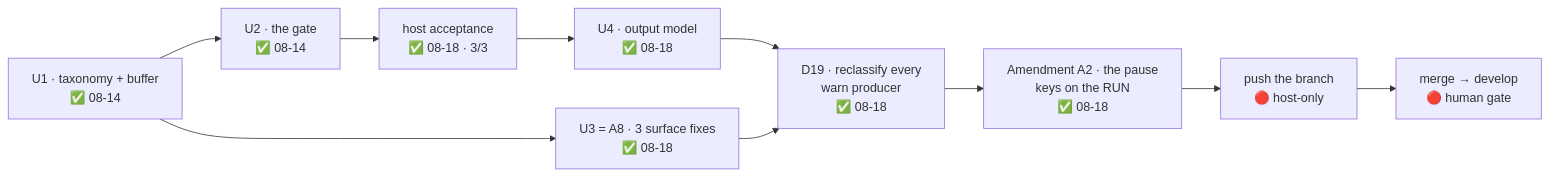
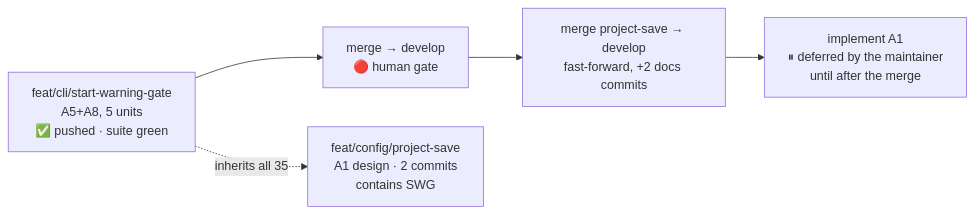
One commit to alergyonthestage/claude-orchestrator changed the diagram in docs/maintainers/handoff.md. Above: the diagram before and after it, drawn with Mermaid. The commit also changed other lines of this file, not shown here.

First line of the commit message:
docs(handoff): close the A1 design session, and correct the push status

````diff
--- a/docs/maintainers/handoff.md
+++ b/docs/maintainers/handoff.md
@@ -21,12 +21,9 @@
 ```mermaid
 flowchart LR
-    U1["U1 · taxonomy + buffer<br/>✅ 08-14"] --> U2["U2 · the gate<br/>✅ 08-14"]
-    U2 --> HOST["host acceptance<br/>✅ 08-18 · 3/3"]
-    HOST --> U4["U4 · output model<br/>✅ 08-18"]
-    U1 --> U3["U3 = A8 · 3 surface fixes<br/>✅ 08-18"]
-    U4 --> D19["D19 · reclassify every<br/>warn producer<br/>✅ 08-18"]
-    U3 --> D19
-    D19 --> A2["Amendment A2 · the pause<br/>keys on the RUN<br/>✅ 08-18"]
-    A2 --> PUSH["push the branch<br/>🔴 host-only"]
-    PUSH --> MERGE["merge → develop<br/>🔴 human gate"]
+    SWG["feat/cli/start-warning-gate<br/>A5+A8, 5 units<br/>✅ pushed · suite green"]
+    SWG --> M1["merge → develop<br/>🔴 human gate"]
+    PS["feat/config/project-save<br/>A1 design · 2 commits<br/>contains SWG"]
+    SWG -.->|"inherits all 35"| PS
+    M1 --> M2["merge project-save → develop<br/>fast-forward, +2 docs commits"]
+    M2 --> IMPL["implement A1<br/>⏸ deferred by the maintainer<br/>until after the merge"]
 ```
````
